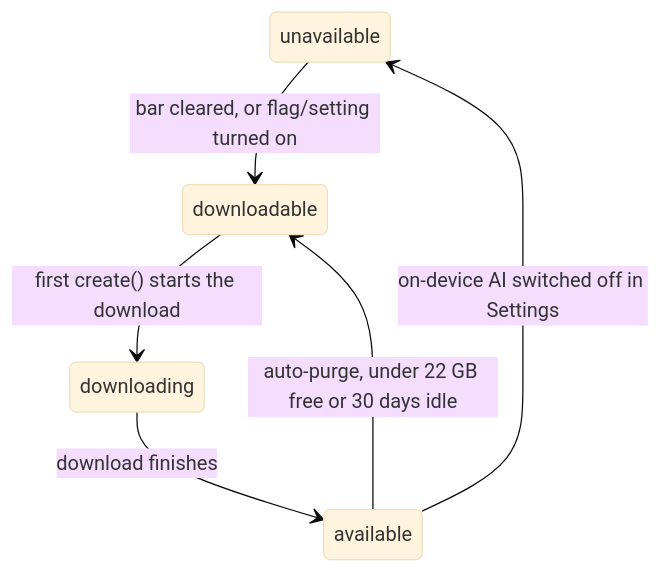
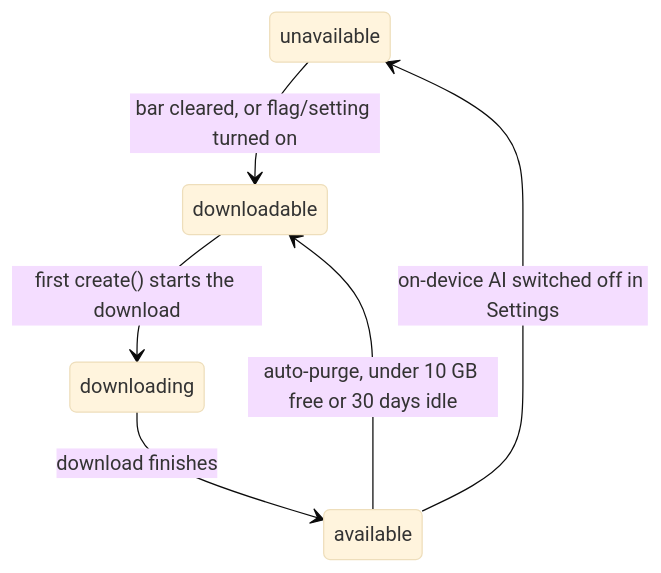
One commit to danduh/danduh changed the diagram in portfolio/courses/chrome-built-in-ai/setup-and-availability.mdx. Above: the diagram before and after it, drawn with Mermaid (base theme). The commit also changed other lines of this file and 17 other files, not shown here.

````diff
--- a/portfolio/courses/chrome-built-in-ai/setup-and-availability.mdx
+++ b/portfolio/courses/chrome-built-in-ai/setup-and-availability.mdx
@@ -94,8 +96,8 @@
 ```mermaid
 stateDiagram-v2
   unavailable --> downloadable: bar cleared, or flag/setting turned on
   downloadable --> downloading: first create() starts the download
   downloading --> available: download finishes
-  available --> downloadable: auto-purge, under 22 GB free or 30 days idle
+  available --> downloadable: auto-purge, under 10 GB free or 30 days idle
   available --> unavailable: on-device AI switched off in Settings
 ```
````
